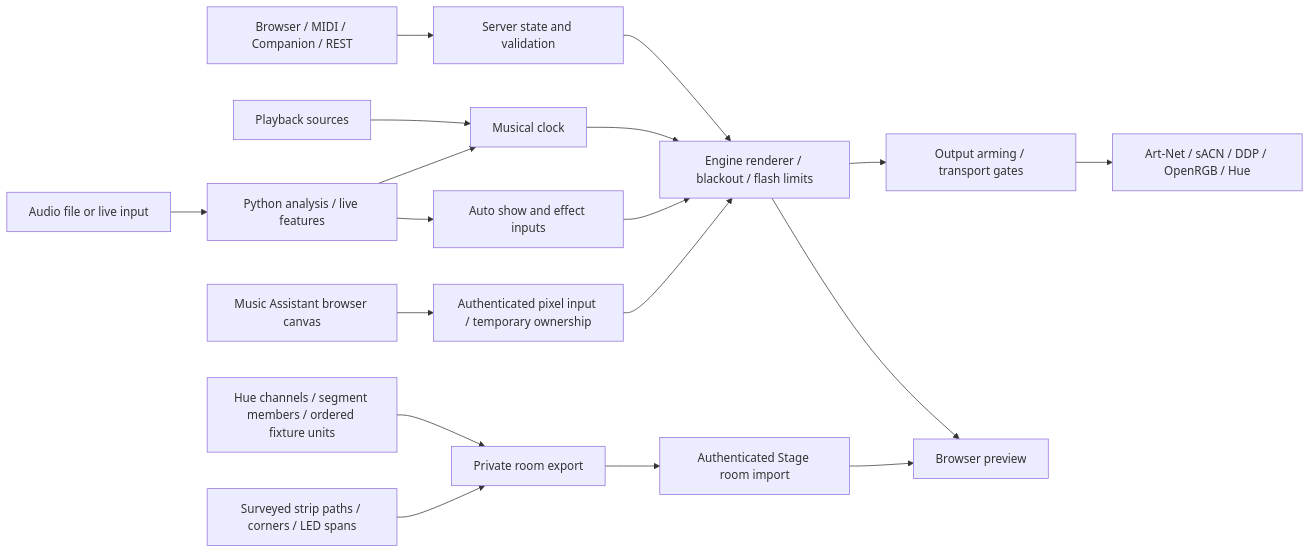
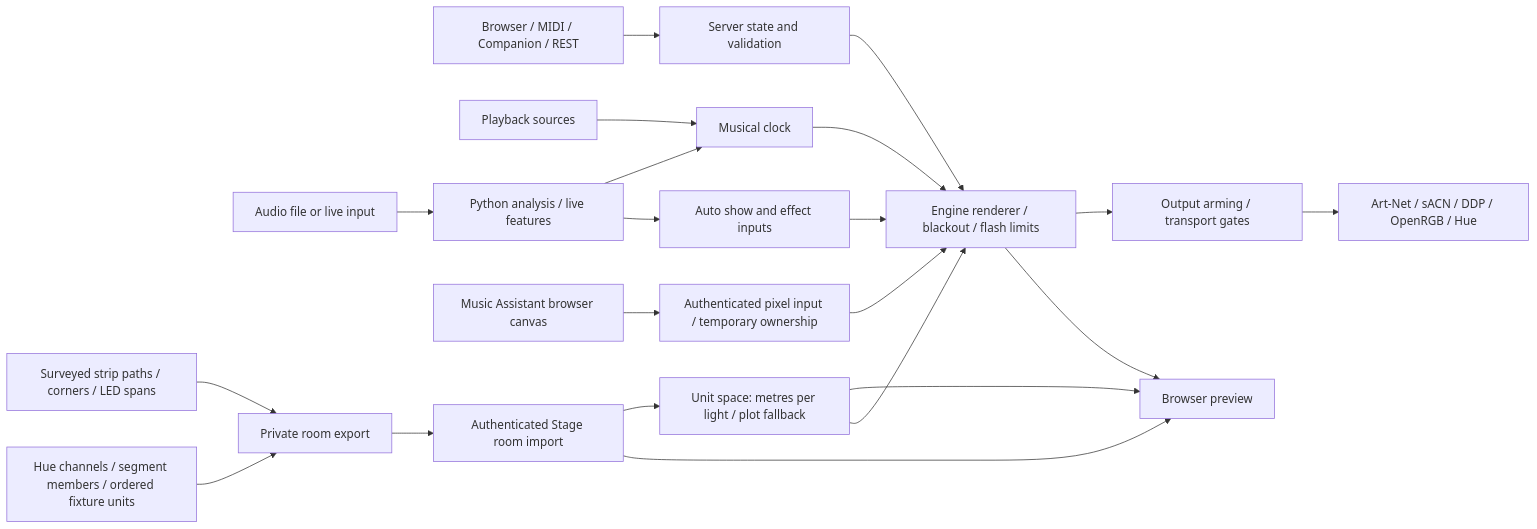
The second of 6 diagrams in README.md (tyclab/artnet-lightshow), drawn with Mermaid before and after one commit. The commit also changed other lines of this file and 13 other files, not shown here.

````diff
--- a/README.md
+++ b/README.md
@@ -51,20 +51,23 @@
 ```mermaid
 flowchart LR
   Controls[Browser / MIDI / Companion / REST] --> Server[Server state and validation]
   Playback[Playback sources] --> Clock[Musical clock]
   Audio[Audio file or live input] --> Analysis[Python analysis / live features]
   Analysis --> Show[Auto show and effect inputs]
   Analysis --> Clock
   Screen[Music Assistant browser canvas] --> Pixels[Authenticated pixel input / temporary ownership]
   Pixels --> Engine
   Clock --> Engine[Engine renderer / blackout / flash limits]
   Server --> Engine
   Show --> Engine
   Engine --> Preview[Browser preview]
   HueMap[Hue channels / segment members / ordered fixture units] --> Room[Private room export]
   Paths[Surveyed strip paths / corners / LED spans] --> Room
   Room --> RoomAPI[Authenticated Stage room import]
   RoomAPI --> Preview
+  RoomAPI --> Space[Unit space: metres per light / plot fallback]
+  Space --> Engine
+  Space --> Preview
   Engine --> Guard[Output arming / transport gates]
   Guard --> Outputs[Art-Net / sACN / DDP / OpenRGB / Hue]
 ```
````
